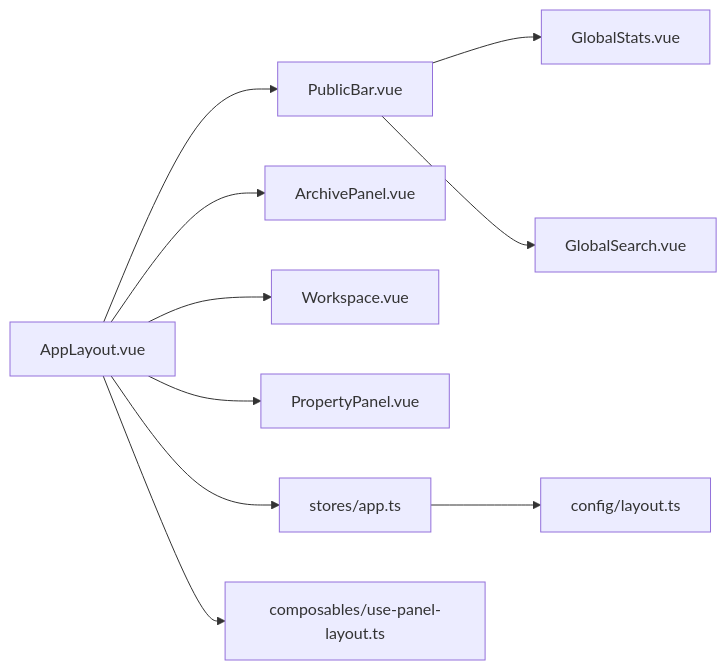
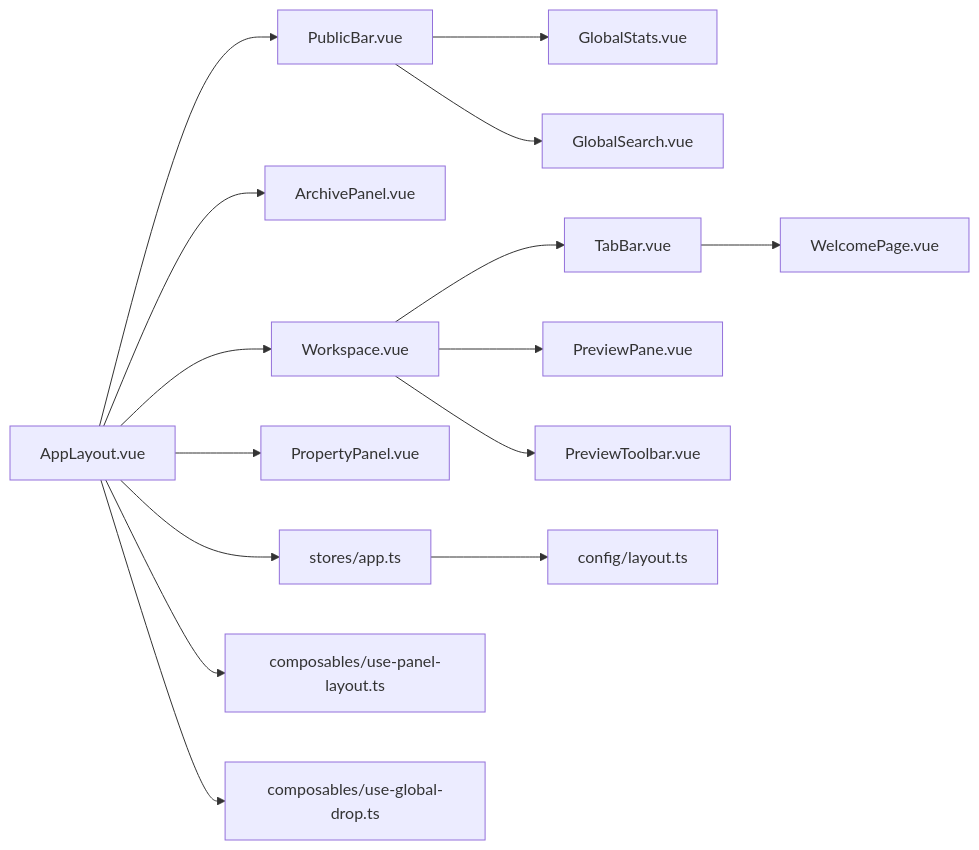
The seventh of 7 diagrams in .qoder/repowiki/zh/content/架构设计/组件层次结构/布局组件.md (taoweidong/Hello-Tauri), drawn with Mermaid before and after one commit. The commit also changed other lines of this file and 119 other files, not shown here.

````diff
--- a/.qoder/repowiki/zh/content/架构设计/组件层次结构/布局组件.md
+++ b/.qoder/repowiki/zh/content/架构设计/组件层次结构/布局组件.md
@@ -281,12 +384,17 @@
 ```mermaid
 graph LR
 AppLayout["AppLayout.vue"] --> PublicBar["PublicBar.vue"]
 PublicBar --> GlobalStats["GlobalStats.vue"]
 PublicBar --> GlobalSearch["GlobalSearch.vue"]
 AppLayout --> ArchivePanel["ArchivePanel.vue"]
 AppLayout --> Workspace["Workspace.vue"]
 AppLayout --> PropertyPanel["PropertyPanel.vue"]
+Workspace --> TabBar["TabBar.vue"]
+Workspace --> PreviewPane["PreviewPane.vue"]
+Workspace --> PreviewToolbar["PreviewToolbar.vue"]
+TabBar --> WelcomePage["WelcomePage.vue"]
 AppLayout --> Store["stores/app.ts"]
 Store --> Config["config/layout.ts"]
 AppLayout --> Composable["composables/use-panel-layout.ts"]
+AppLayout --> GlobalDrop["composables/use-global-drop.ts"]
 ```
````
